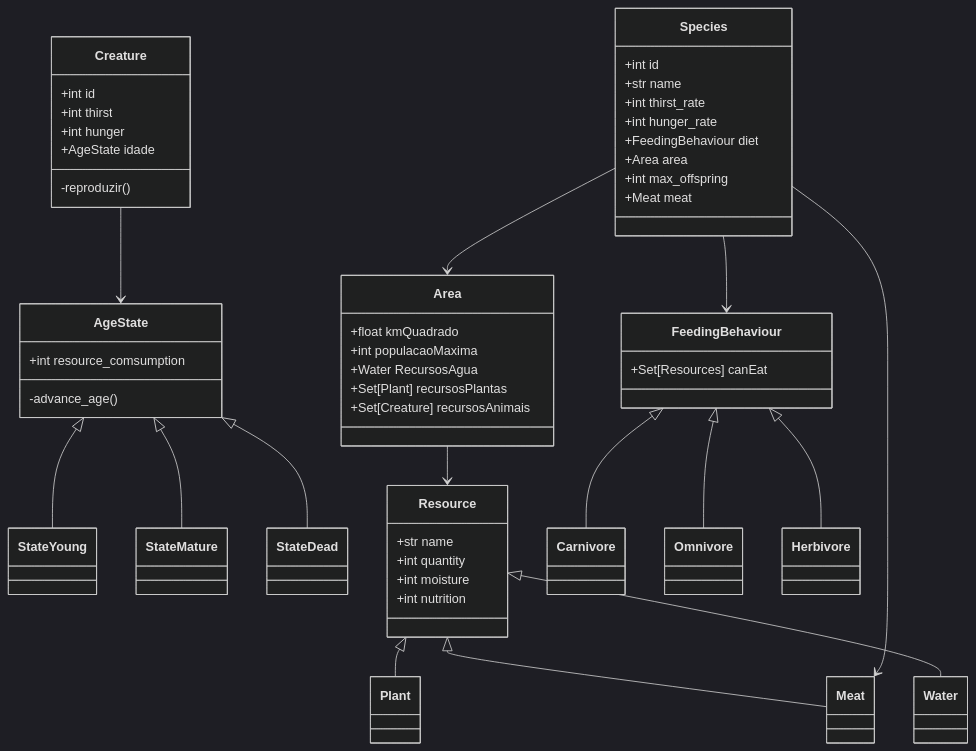
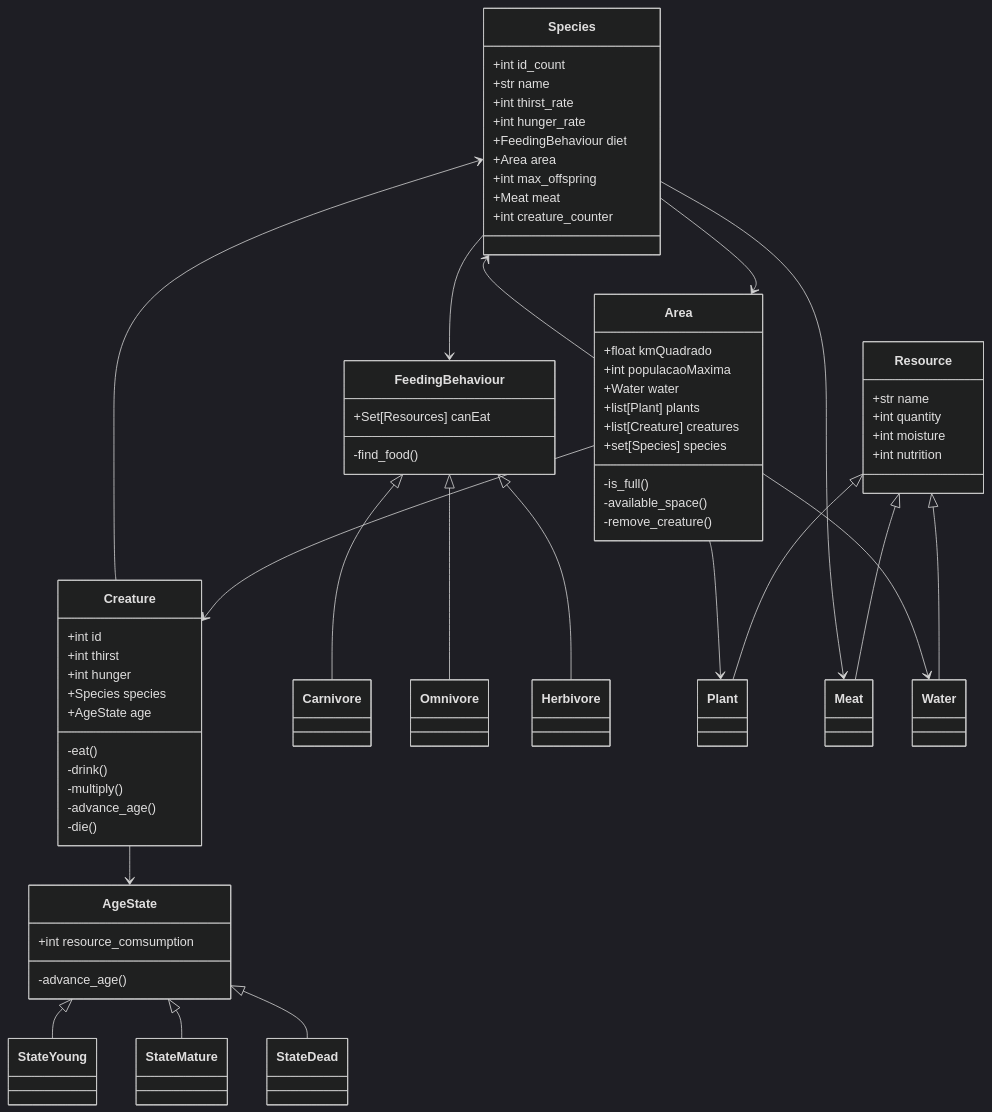
The diagram in README.md (alessa-lara/wild-ones), drawn with Mermaid (dark theme) before and after one commit. The commit also changed other lines of this file, not shown here.

Commit message:
[docs] readme atualizado

````diff
--- a/README.md
+++ b/README.md
@@ -9,7 +13,7 @@
 ```mermaid
 classDiagram
     class Species {
-        +int id
+        +int id_count
         +str name
         +int thirst_rate
         +int hunger_rate
@@ -17,15 +21,21 @@
         +Area area
         +int max_offspring
         +Meat meat
+	+int creature_counter
     }
 
     class Creature {
         +int id
 	+int thirst
 	+int hunger
-	+AgeState idade
+	+Species species
+	+AgeState age
 
-        -reproduzir()
+	-eat()
+	-drink()
+        -multiply()
+	-advance_age()
+	-die()
     }
 
     class AgeState {
@@ -42,14 +52,21 @@
         +float kmQuadrado
         +int populacaoMaxima
 
-        +Water RecursosAgua
-        +Set[Plant] recursosPlantas
-        +Set[Creature] recursosAnimais
+        +Water water
+        +list[Plant] plants
+        +list[Creature] creatures
 
+	+set[Species] species
+
+	-is_full()
+	-available_space()
+	-remove_creature()
     }
 
     class FeedingBehaviour {
         +Set[Resources] canEat
+	
+	-find_food()
     }
 
     class Resource {
@@ -72,6 +89,10 @@
     Species --> Meat
 
     Creature --> AgeState
+    Creature --> Species
 
-    Area --> Resource
+    Area --> Water
+    Area --> Plant
+    Area --> Creature
+    Area --> Species
 ```
````
